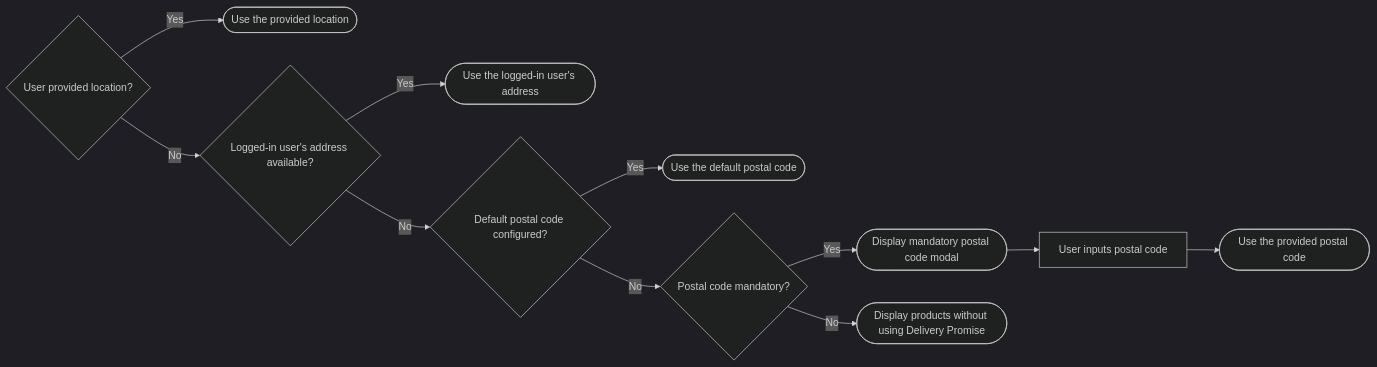
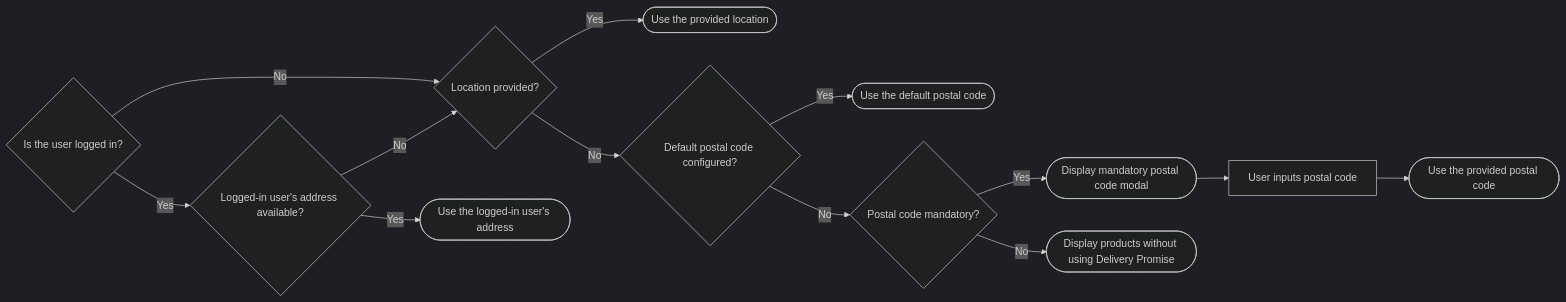
One commit to vtexdocs/dev-portal-content changed the diagram in docs/faststore/components/features/delivery-promise.mdx. Above: the diagram before and after it, drawn with Mermaid (dark theme). The commit also changed other lines of this file, not shown here.

````diff
--- a/docs/faststore/components/features/delivery-promise.mdx
+++ b/docs/faststore/components/features/delivery-promise.mdx
@@ -359,13 +394,20 @@
 ```mermaid
 graph LR
-    A{"User provided location?"} -- Yes --> B(["Use the provided location"])
-    A -- No --> C{"Logged-in user's address available?"}
+    S{"Is the user logged in?"} -- Yes --> C{"Logged-in user's address available?"}
+    S -- No --> A{"Location provided?"}
+
     C -- Yes --> D(["Use the logged-in user's address"])
-    C -- No --> E{"Default postal code configured?"}
+    C -- No --> A
+
+    A -- Yes --> B(["Use the provided location"])
+    A -- No --> E{"Default postal code configured?"}
+
     E -- Yes --> F(["Use the default postal code"])
     E -- No --> H{"Postal code mandatory?"}
+
     H -- Yes --> K(["Display mandatory postal code modal"])
     K --> L["User inputs postal code"]
     L --> M(["Use the provided postal code"])
+
     H -- No --> N(["Display products without using Delivery Promise"])
 ```
````
